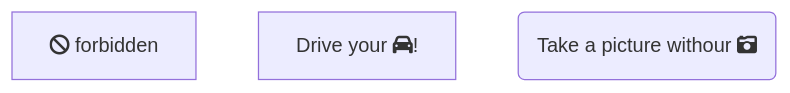
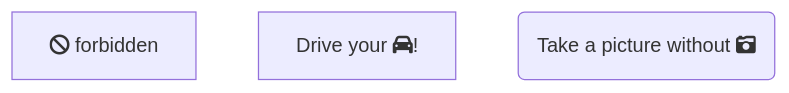
The third of 3 diagrams in shapes.md (jrcs3/Mermaid-Demo), drawn with Mermaid before and after one commit. The commit also changed other lines of this file and 3 other files, not shown here.

````diff
--- a/shapes.md
+++ b/shapes.md
@@ -40,6 +74,6 @@
 ``` mermaid
 flowchart TB
     B[fa:fa-ban forbidden]
     C[Drive your fa:fa-car!]
-    D(Take a picture withour fa:fa-camera-retro)
+    D(Take a picture without fa:fa-camera-retro)
 ```
````
